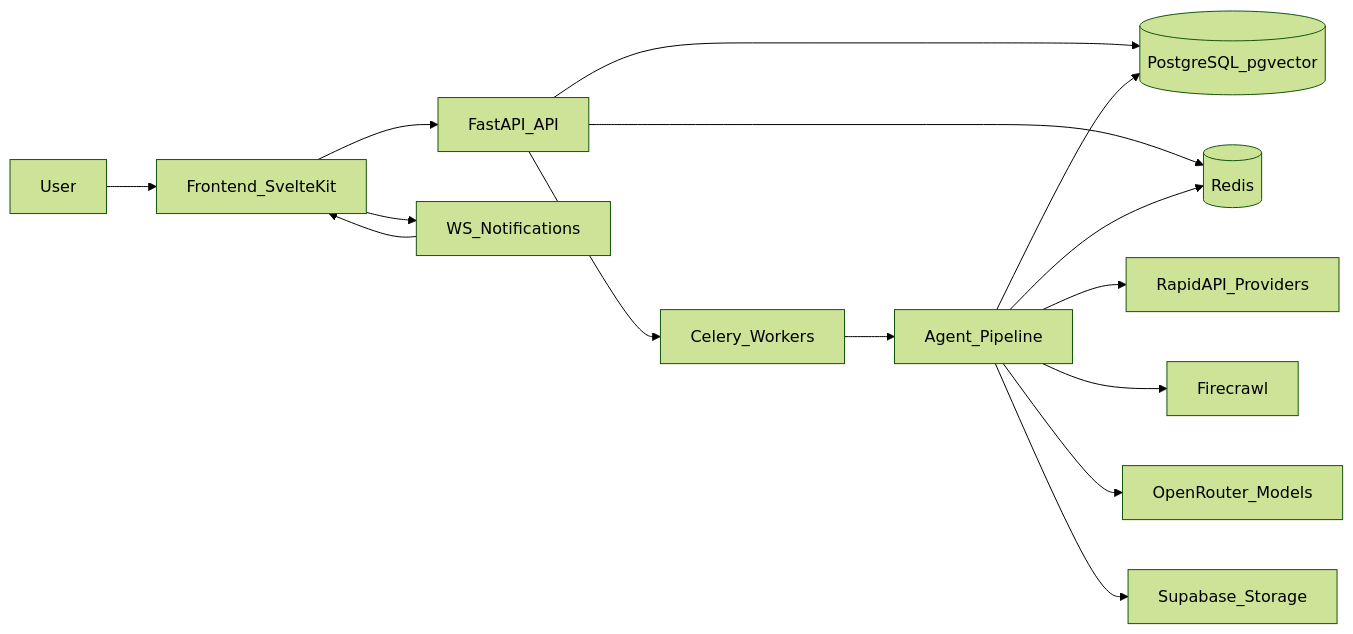
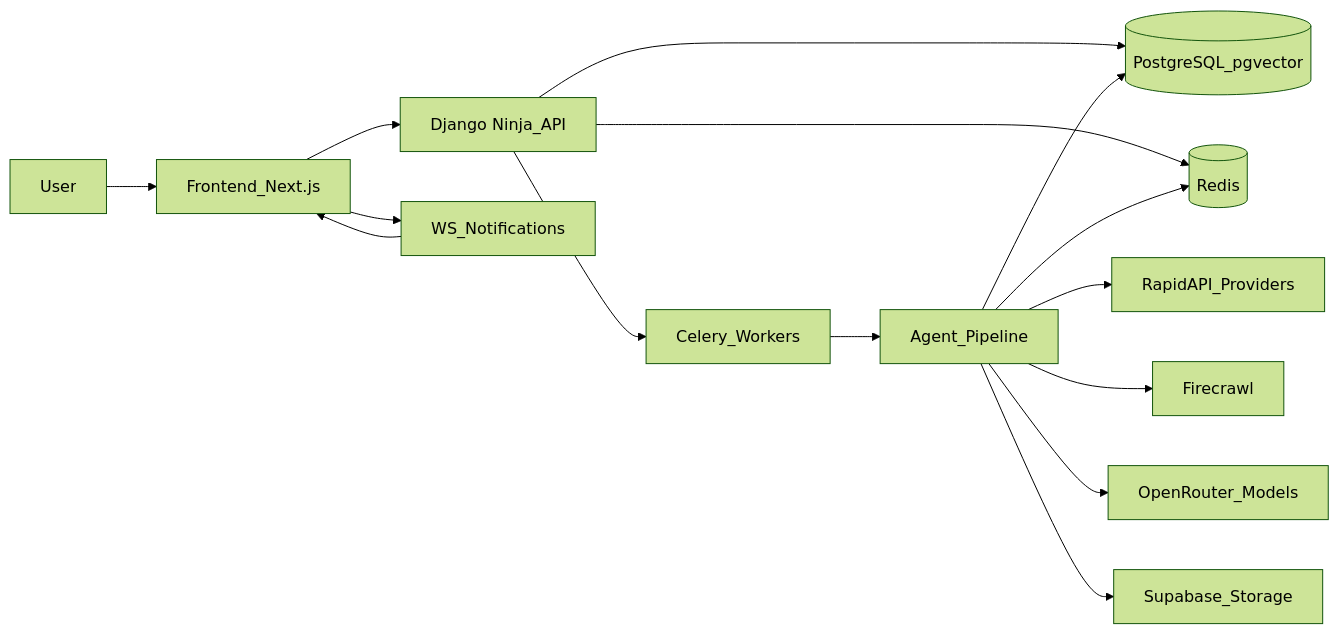
Before and after one commit to Gathondu/kaziro: the first of 4 diagrams in docs/presentation/kaziro-5-10min-slides.md, drawn with Mermaid (forest theme). The commit also changed other lines of this file and 561 other files, not shown here.

Commit message:
remove previous fast api and svelte frontend

````diff
--- a/docs/presentation/kaziro-5-10min-slides.md
+++ b/docs/presentation/kaziro-5-10min-slides.md
@@ -22,30 +22,30 @@
 ```mermaid
 flowchart LR
   user[User]
-  fe[Frontend_SvelteKit]
-  api[FastAPI_API]
+  fe[Frontend_Next.js]
+  api[Django Ninja_API]
   ws[WS_Notifications]
   celery[Celery_Workers]
   agents[Agent_Pipeline]
   db[(PostgreSQL_pgvector)]
   redis[(Redis)]
   rapidapi[RapidAPI_Providers]
   firecrawl[Firecrawl]
   openrouter[OpenRouter_Models]
   storage[Supabase_Storage]
 
   user --> fe
   fe --> api
   fe --> ws
   api --> db
   api --> redis
   api --> celery
   celery --> agents
   agents --> db
   agents --> redis
   agents --> rapidapi
   agents --> firecrawl
   agents --> openrouter
   agents --> storage
   ws --> fe
 ```
````
